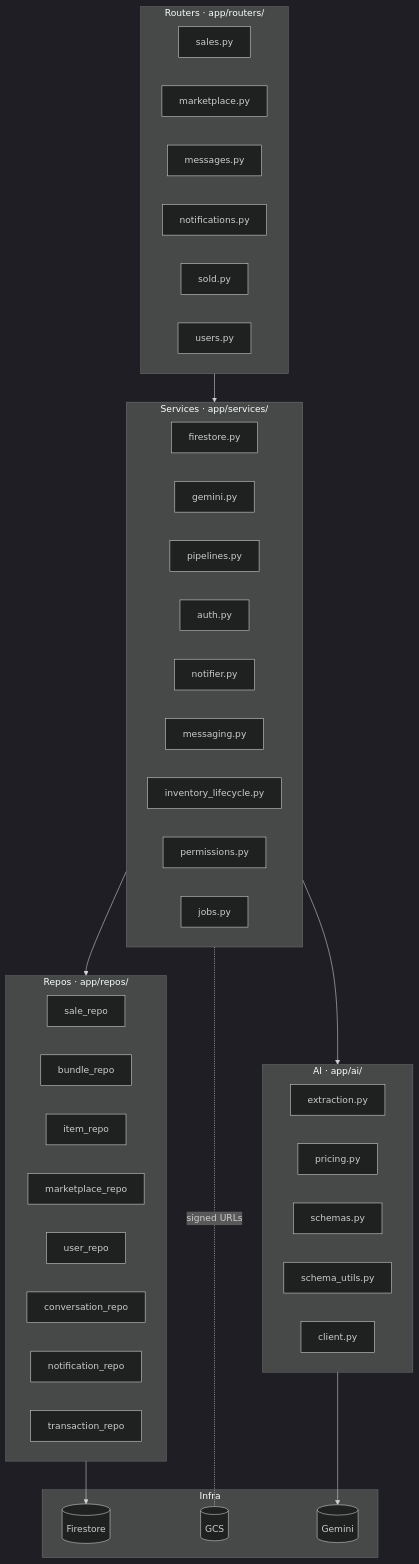
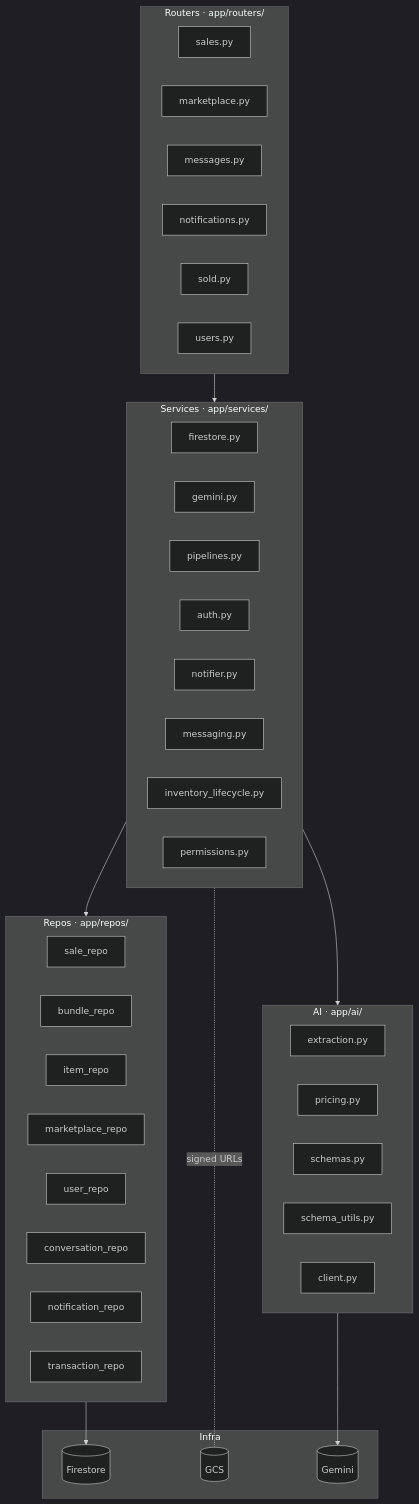
One commit to ajayaradhya/shiftready-backend changed the second of 7 diagrams in README.md. Above: the diagram before and after it, drawn with Mermaid (dark theme). The commit also changed other lines of this file and 6 other files, not shown here.

````diff
--- a/README.md
+++ b/README.md
@@ -117,55 +113,54 @@
 ```mermaid
 flowchart TB
     subgraph L1["Routers · app/routers/"]
         R1[sales.py]
         R2[marketplace.py]
         R3[messages.py]
         R4[notifications.py]
         R5[sold.py]
         R6[users.py]
     end
 
     subgraph L2["Services · app/services/"]
         S1[firestore.py]
         S2[gemini.py]
         S3[pipelines.py]
         S4[auth.py]
         S5[notifier.py]
         S6[messaging.py]
         S7[inventory_lifecycle.py]
         S8[permissions.py]
-        S9[jobs.py]
     end
 
     subgraph L3["AI · app/ai/"]
         A1[extraction.py]
         A2[pricing.py]
         A3[schemas.py]
         A4[schema_utils.py]
         A5[client.py]
     end
 
     subgraph L4["Repos · app/repos/"]
         P1[sale_repo]
         P2[bundle_repo]
         P3[item_repo]
         P4[marketplace_repo]
         P5[user_repo]
         P6[conversation_repo]
         P7[notification_repo]
         P8[transaction_repo]
     end
 
     subgraph L5["Infra"]
         F[(Firestore)]
         G[(GCS)]
         AI[(Gemini)]
     end
 
     L1 --> L2
     L2 --> L3
     L2 --> L4
     L3 --> AI
     L4 --> F
     L2 -. signed URLs .- G
 ```
````
